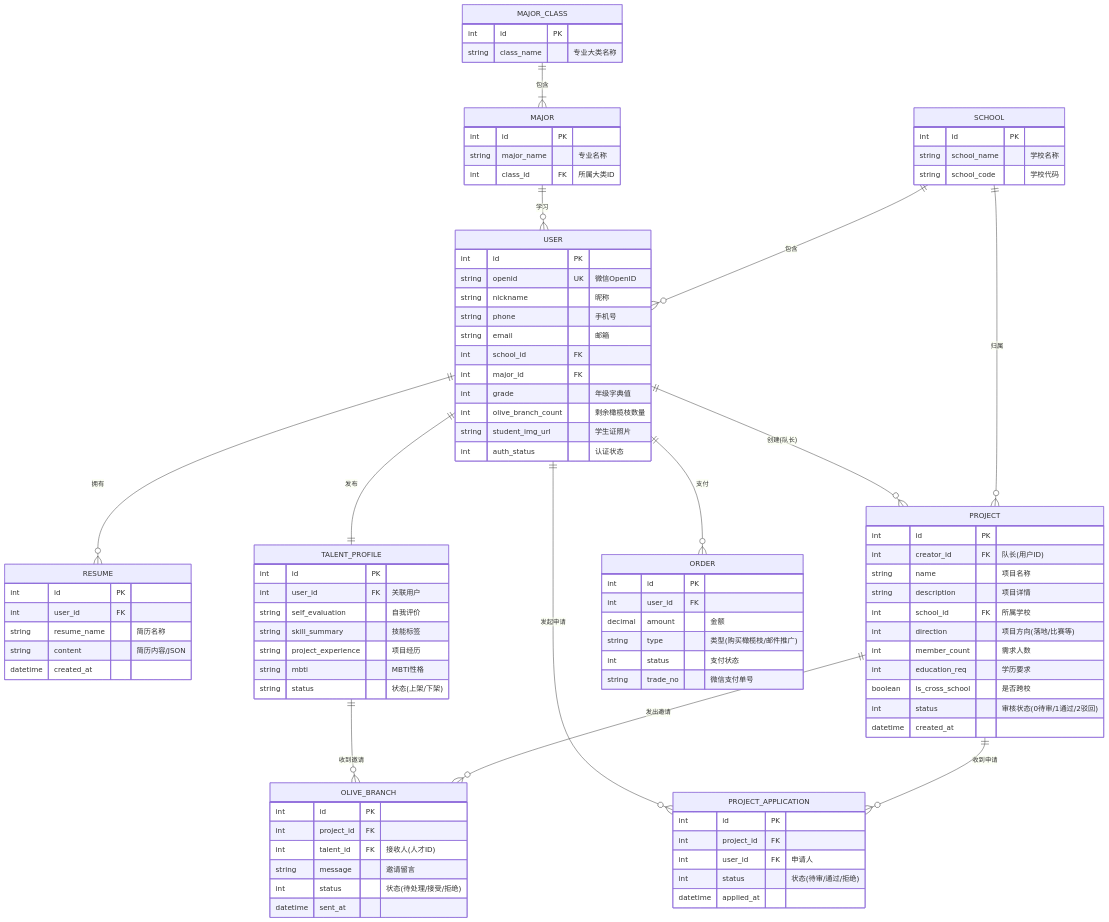
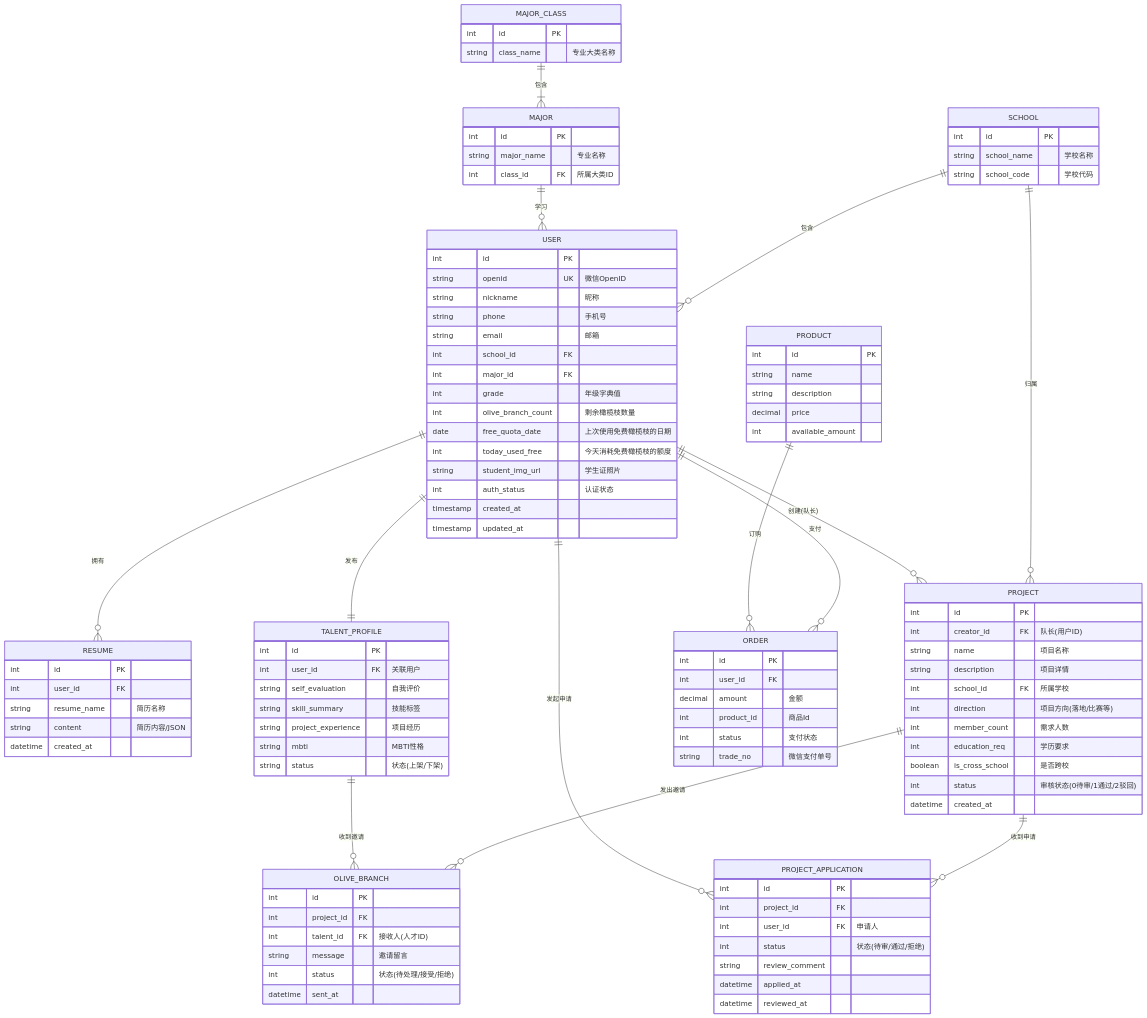
Before and after one commit to trv3wood/kuaizu-server: the diagram in sql/er-diagram.md, drawn with Mermaid. The commit also changed 2 other files, not shown here.

Commit message:
feat: add product table and update related order and user structures in SQL scripts

````diff
--- a/sql/er-diagram.md
+++ b/sql/er-diagram.md
@@ -29,8 +29,12 @@
         int major_id FK
         int grade "年级字典值"
         int olive_branch_count "剩余橄榄枝数量"
+        date free_quota_date "上次使用免费橄榄枝的日期"
+        int today_used_free "今天消耗免费橄榄枝的额度"
         string student_img_url "学生证照片"
         int auth_status "认证状态"
+        timestamp created_at
+        timestamp updated_at
     }
 
     RESUME {
@@ -74,7 +78,9 @@
         int project_id FK
         int user_id FK "申请人"
         int status "状态(待审/通过/拒绝)"
+        string review_comment
         datetime applied_at
+        datetime reviewed_at
     }
 
     %% 流程二：队长向人才抛出橄榄枝
@@ -92,9 +98,17 @@
         int id PK
         int user_id FK
         decimal amount "金额"
-        string type "类型(购买橄榄枝/邮件推广)"
+        int product_id "商品Id"
         int status "支付状态"
         string trade_no "微信支付单号"
+    }
+    
+    PRODUCT {
+        int id PK
+        string name
+        string description
+        decimal price
+        int available_amount
     }
 
     %% ================= 关系定义 =================
@@ -115,4 +129,5 @@
 
     PROJECT ||--o{ OLIVE_BRANCH : "发出邀请"
     TALENT_PROFILE ||--o{ OLIVE_BRANCH : "收到邀请"
+    PRODUCT ||--o{ ORDER : "订购"
 ```
````
